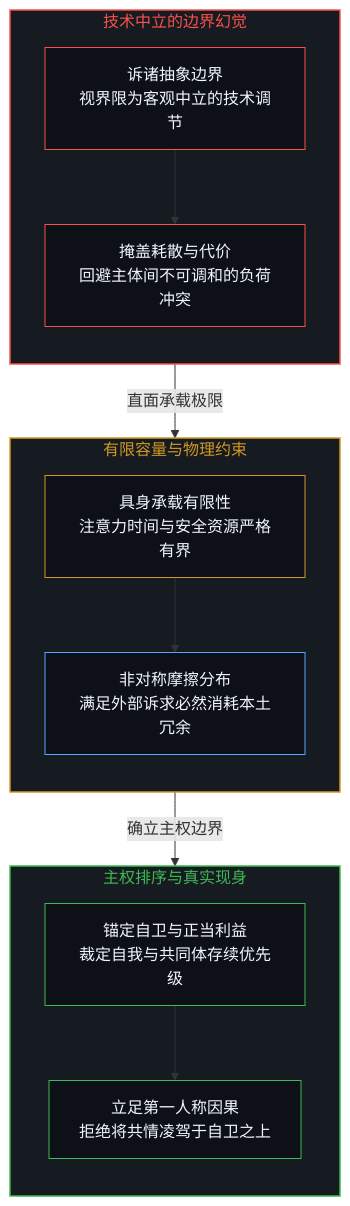
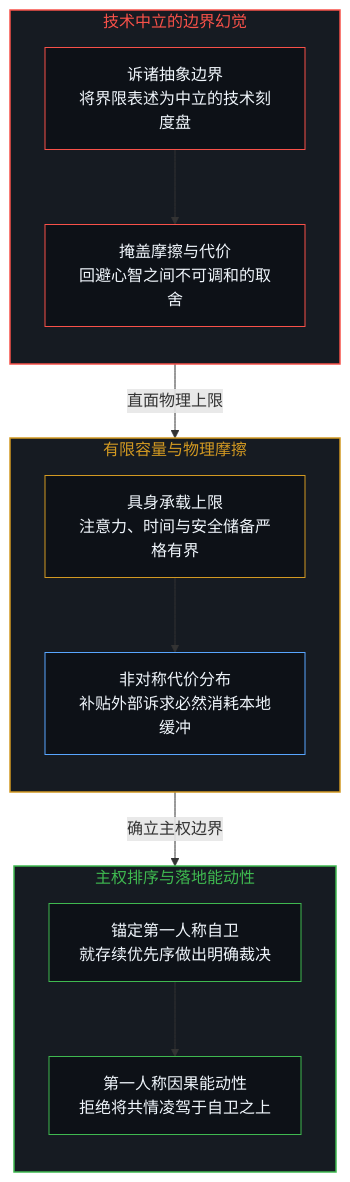
One commit to powerpig99/not-a-toe changed the third of 4 diagrams in content/posts/the-capability-reversal-of-empathy-and-the-contest-of-boundaries.md. Above: the diagram before and after it, drawn with Mermaid. The commit also changed other lines of this file and 7 other files, not shown here.

````diff
--- a/content/posts/the-capability-reversal-of-empathy-and-the-contest-of-boundaries.md
+++ b/content/posts/the-capability-reversal-of-empathy-and-the-contest-of-boundaries.md
@@ -123,31 +113,26 @@
 ```mermaid
 graph TD
     subgraph S_Illusion ["技术中立的边界幻觉"]
         direction TB
-        ILL1["诉诸抽象边界<br/>视界限为客观中立的技术调节"] --> ILL2["掩盖耗散与代价<br/>回避主体间不可调和的负荷冲突"]
+        ILL1["诉诸抽象边界<br/>将界限表述为中立的技术刻度盘"] --> ILL2["掩盖摩擦与代价<br/>回避心智之间不可调和的取舍"]
     end
-
-    subgraph S_Capacity ["有限容量与物理约束"]
+    subgraph S_Capacity ["有限容量与物理摩擦"]
         direction TB
-        CAP1["具身承载有限性<br/>注意力时间与安全资源严格有界"] --> CAP2["非对称摩擦分布<br/>满足外部诉求必然消耗本土冗余"]
+        CAP1["具身承载上限<br/>注意力、时间与安全储备严格有界"] --> CAP2["非对称代价分布<br/>补贴外部诉求必然消耗本地缓冲"]
     end
-
-    subgraph S_Sovereignty ["主权排序与真实现身"]
+    subgraph S_Sovereignty ["主权排序与落地能动性"]
         direction TB
-        SOV1["锚定自卫与正当利益<br/>裁定自我与共同体存续优先级"] --> SOV2["立足第一人称因果<br/>拒绝将共情凌驾于自卫之上"]
+        SOV1["锚定第一人称自卫<br/>就存续优先序做出明确裁决"] --> SOV2["第一人称因果能动性<br/>拒绝将共情凌驾于自卫之上"]
     end
-
-    ILL2 -->|"直面承载极限"| CAP1
+    ILL2 -->|"直面物理上限"| CAP1
     CAP2 -->|"确立主权边界"| SOV1
-
     style S_Illusion fill:#161b22,stroke:#f85149,stroke-width:1.5px,color:#f85149
     style S_Capacity fill:#161b22,stroke:#d29922,stroke-width:1.5px,color:#d29922
     style S_Sovereignty fill:#161b22,stroke:#3fb950,stroke-width:1.5px,color:#3fb950
-
     style ILL1 fill:#0d1117,stroke:#f85149,stroke-width:1px,color:#f0f6fc
     style ILL2 fill:#0d1117,stroke:#f85149,stroke-width:1px,color:#f0f6fc
     style CAP1 fill:#0d1117,stroke:#d29922,stroke-width:1px,color:#f0f6fc
     style CAP2 fill:#0d1117,stroke:#58a6ff,stroke-width:1px,color:#f0f6fc
     style SOV1 fill:#0d1117,stroke:#3fb950,stroke-width:1px,color:#f0f6fc
     style SOV2 fill:#0d1117,stroke:#3fb950,stroke-width:1px,color:#f0f6fc
 ```
````
